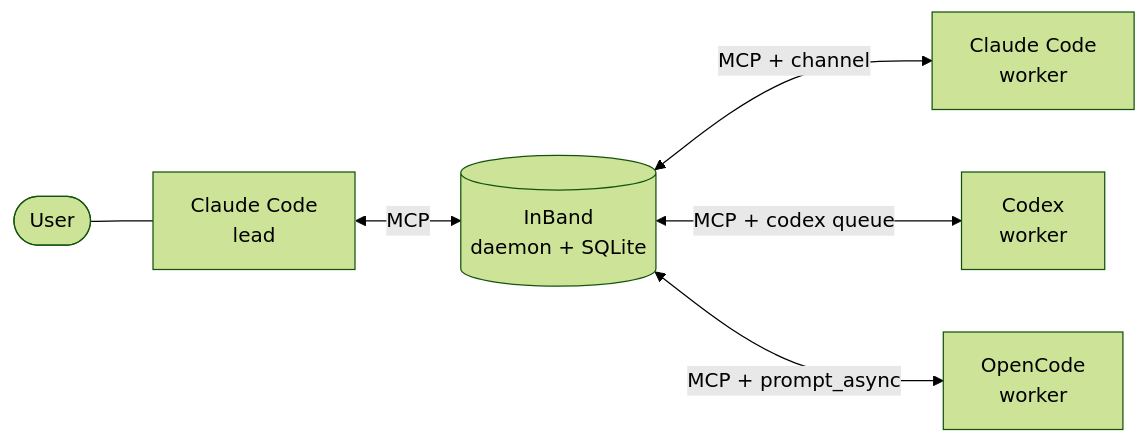
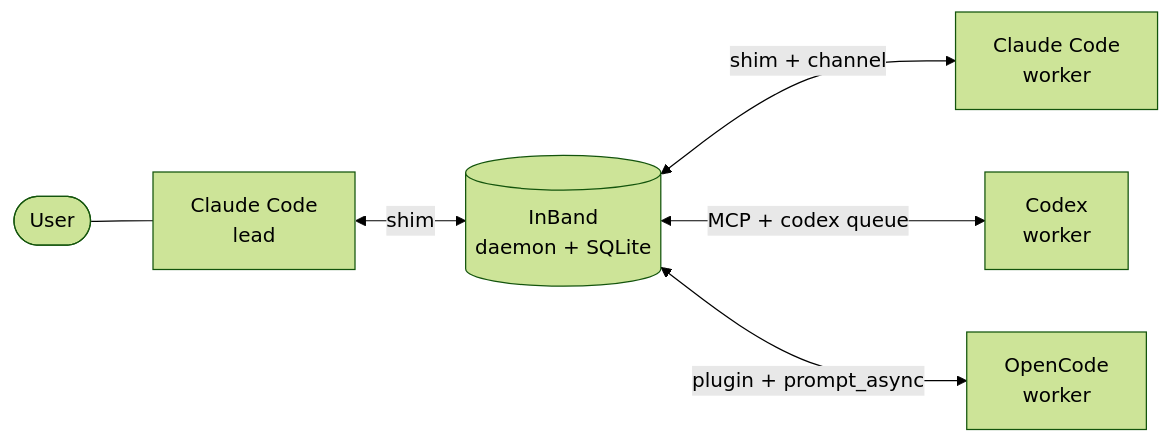
Before and after one commit to ruipedro-pinheiro/InBand: the diagram in README.md, drawn with Mermaid (forest theme). The commit also changed other lines of this file and 99 other files, not shown here.

````diff
--- a/README.md
+++ b/README.md
@@ -23,8 +22,8 @@
 ```mermaid
 flowchart LR
     user([User]) --- lead["Claude Code<br/>lead"]
-    lead <-->|MCP| daemon[("InBand<br/>daemon + SQLite")]
-    daemon <-->|MCP + channel| w1["Claude Code<br/>worker"]
+    lead <-->|shim| daemon[("InBand<br/>daemon + SQLite")]
+    daemon <-->|shim + channel| w1["Claude Code<br/>worker"]
     daemon <-->|MCP + codex queue| w2["Codex<br/>worker"]
-    daemon <-->|MCP + prompt_async| w3["OpenCode<br/>worker"]
+    daemon <-->|plugin + prompt_async| w3["OpenCode<br/>worker"]
 ```
````
